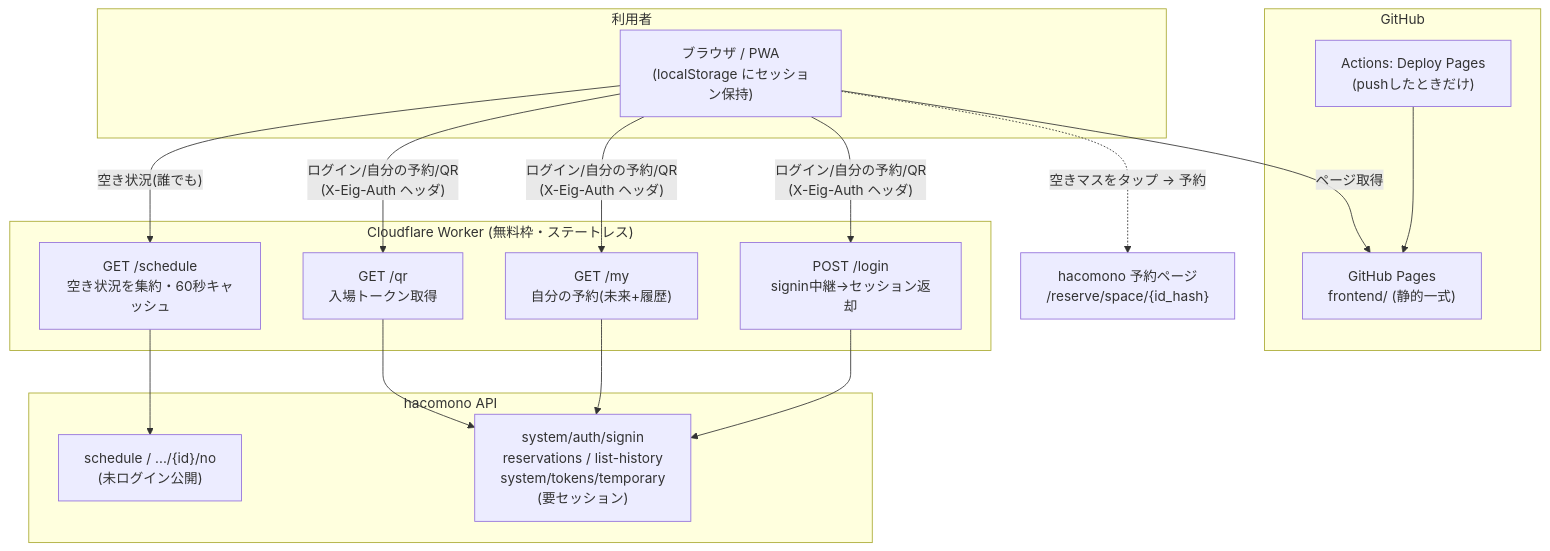
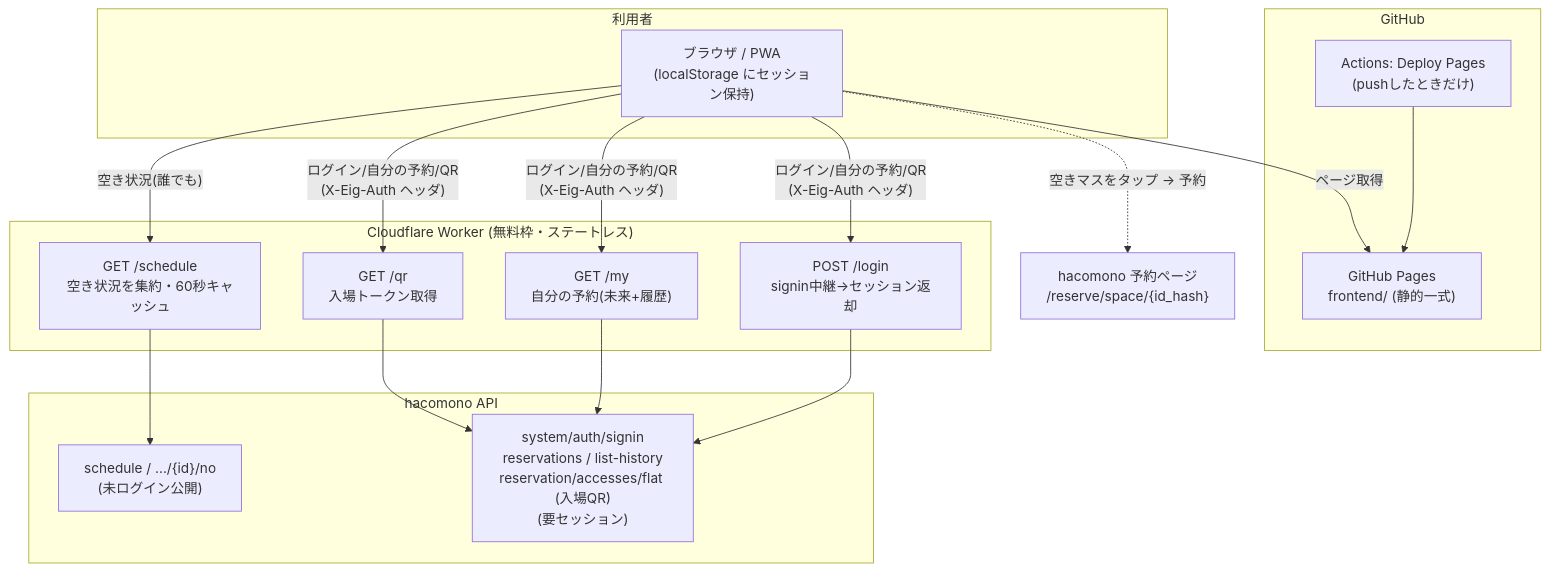
One commit to TakanariShimbo/enjoyindoorgolf changed the second of 2 diagrams in README.md. Above: the diagram before and after it, drawn with Mermaid. The commit also changed other lines of this file, not shown here.

````diff
--- a/README.md
+++ b/README.md
@@ -50,25 +50,25 @@
 ```mermaid
 flowchart TB
     subgraph user["利用者"]
         B["ブラウザ / PWA<br>(localStorage にセッション保持)"]
     end
     subgraph gh["GitHub"]
         P["GitHub Pages<br>frontend/ (静的一式)"]
         A["Actions: Deploy Pages<br>(pushしたときだけ)"]
         A --> P
     end
     subgraph cf["Cloudflare Worker (無料枠・ステートレス)"]
         Wsch["GET /schedule<br>空き状況を集約・60秒キャッシュ"]
         Wlogin["POST /login<br>signin中継→セッション返却"]
         Wmy["GET /my<br>自分の予約(未来+履歴)"]
         Wqr["GET /qr<br>入場トークン取得"]
     end
     subgraph hacomono["hacomono API"]
         S["schedule / .../{id}/no<br>(未ログイン公開)"]
-        Auth["system/auth/signin<br>reservations / list-history<br>system/tokens/temporary<br>(要セッション)"]
+        Auth["system/auth/signin<br>reservations / list-history<br>reservation/accesses/flat (入場QR)<br>(要セッション)"]
     end
     B -->|"ページ取得"| P
     B -->|"空き状況(誰でも)"| Wsch --> S
     B -->|"ログイン/自分の予約/QR<br>(X-Eig-Auth ヘッダ)"| Wlogin & Wmy & Wqr --> Auth
     B -.->|"空きマスをタップ → 予約"| R["hacomono 予約ページ<br>/reserve/space/{id_hash}"]
 ```
````
